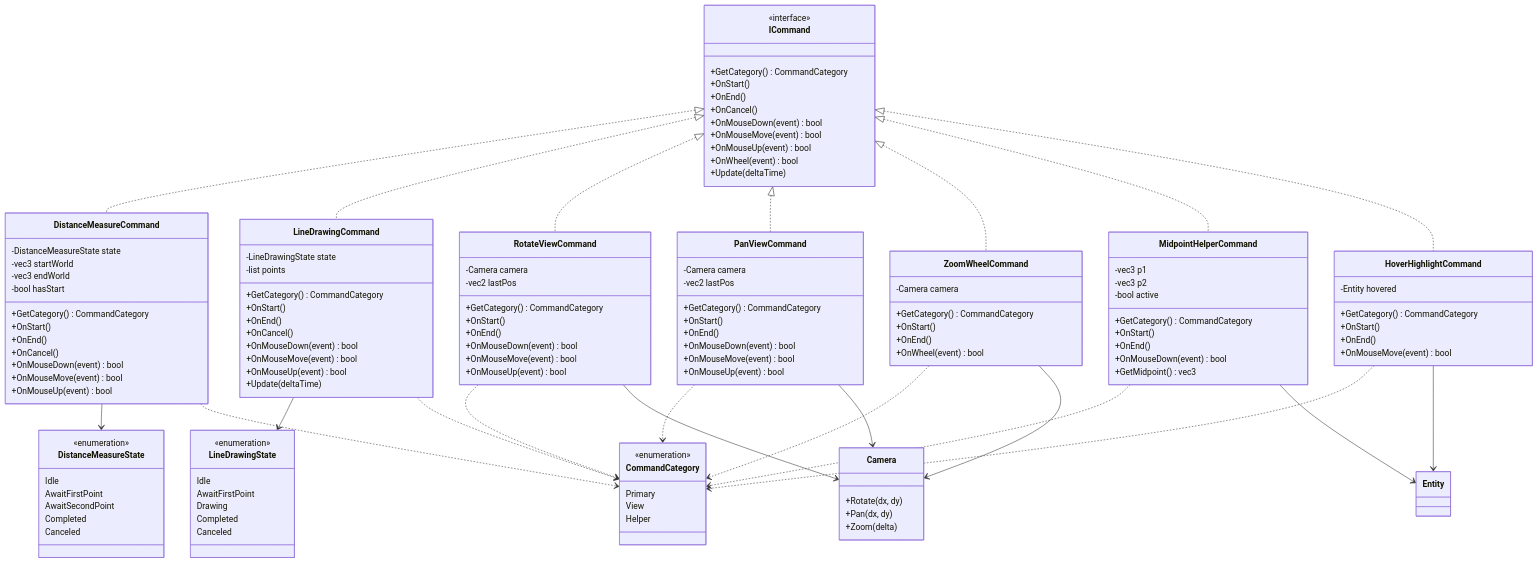
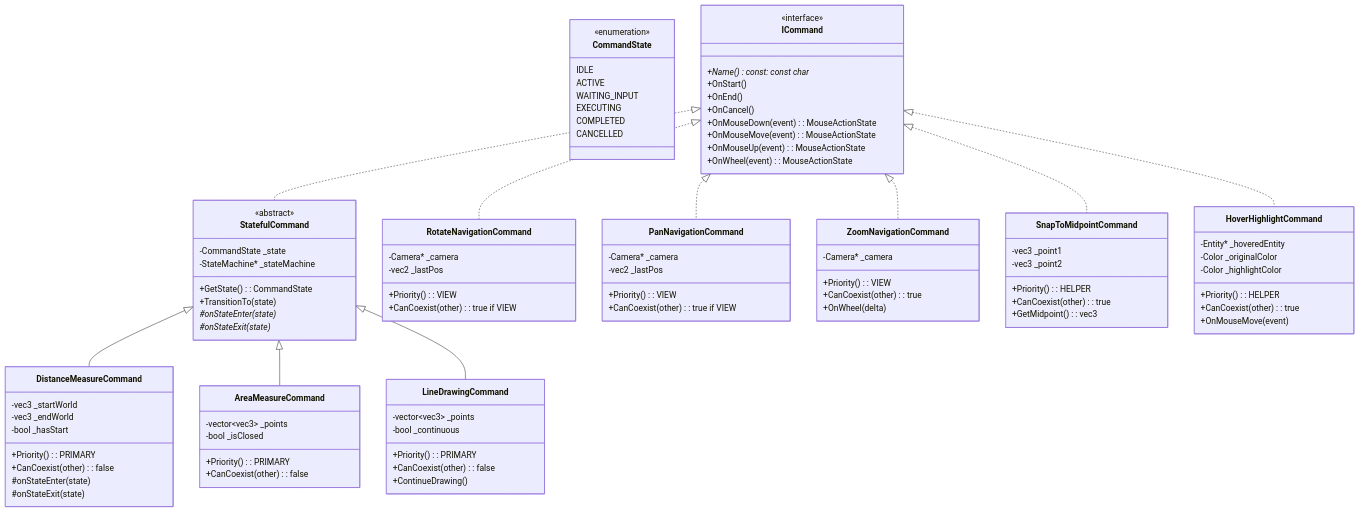
The third of 3 diagrams in GraphV5.md (vfa-khaidt1/vfa-cdn), drawn with Mermaid before and after one commit. The commit also changed other lines of this file, not shown here.

````diff
--- a/GraphV5.md
+++ b/GraphV5.md
@@ -107,158 +107,105 @@
 ```mermaid
 classDiagram
-    class CommandCategory {
+   class CommandState {
         <<enumeration>>
-        Primary
-        View
-        Helper
+        IDLE
+        ACTIVE
+        WAITING_INPUT
+        EXECUTING
+        COMPLETED
+        CANCELLED
     }
-
-    class ICommand {
+      class ICommand {
         <<interface>>
-        +GetCategory() CommandCategory
+        +Name() const: const char*
         +OnStart()
         +OnEnd()
         +OnCancel()
-        +OnMouseDown(event) bool
-        +OnMouseMove(event) bool
-        +OnMouseUp(event) bool
-        +OnWheel(event) bool
-        +Update(deltaTime)
+        +OnMouseDown(event): MouseActionState
+        +OnMouseMove(event): MouseActionState
+        +OnMouseUp(event): MouseActionState
+        +OnWheel(event): MouseActionState
+    }
+   class StatefulCommand {
+        <<abstract>>
+        -CommandState _state
+        -StateMachine* _stateMachine
+        +GetState(): CommandState
+        +TransitionTo(state)
+        #onStateEnter(state)*
+        #onStateExit(state)*
+    }
+    
+    class DistanceMeasureCommand {
+        -vec3 _startWorld
+        -vec3 _endWorld
+        -bool _hasStart
+        +Priority(): PRIMARY
+        +CanCoexist(other): false
+        #onStateEnter(state)
+        #onStateExit(state)
+    }
+    
+    class AreaMeasureCommand {
+        -vector~vec3~ _points
+        -bool _isClosed
+        +Priority(): PRIMARY
+        +CanCoexist(other): false
+    }
+    
+    class LineDrawingCommand {
+        -vector~vec3~ _points
+        -bool _continuous
+        +Priority(): PRIMARY
+        +CanCoexist(other): false
+        +ContinueDrawing()
+    }
+    
+    class RotateNavigationCommand {
+        -Camera* _camera
+        -vec2 _lastPos
+        +Priority(): VIEW
+        +CanCoexist(other): true if VIEW
+    }
+    
+    class PanNavigationCommand {
+        -Camera* _camera
+        -vec2 _lastPos
+        +Priority(): VIEW
+        +CanCoexist(other): true if VIEW
+    }
+    
+    class ZoomNavigationCommand {
+        -Camera* _camera
+        +Priority(): VIEW
+        +CanCoexist(other): true
+        +OnWheel(delta)
+    }
+    
+    class SnapToMidpointCommand {
+        -vec3 _point1
+        -vec3 _point2
+        +Priority(): HELPER
+        +CanCoexist(other): true
+        +GetMidpoint(): vec3
+    }
+    
+    class HoverHighlightCommand {
+        -Entity* _hoveredEntity
+        -Color _originalColor
+        -Color _highlightColor
+        +Priority(): HELPER
+        +CanCoexist(other): true
+        +OnMouseMove(event)
     }
 
-    %% ===== Primary commands =====
-    class DistanceMeasureState {
-        <<enumeration>>
-        Idle
-        AwaitFirstPoint
-        AwaitSecondPoint
-        Completed
-        Canceled
-    }
-
-    class DistanceMeasureCommand {
-        -DistanceMeasureState state
-        -vec3 startWorld
-        -vec3 endWorld
-        -bool hasStart
-        +GetCategory() CommandCategory
-        +OnStart()
-        +OnEnd()
-        +OnCancel()
-        +OnMouseDown(event) bool
-        +OnMouseMove(event) bool
-        +OnMouseUp(event) bool
-    }
-
-    class LineDrawingState {
-        <<enumeration>>
-        Idle
-        AwaitFirstPoint
-        Drawing
-        Completed
-        Canceled
-    }
-
-    class LineDrawingCommand {
-        -LineDrawingState state
-        -list points
-        +GetCategory() CommandCategory
-        +OnStart()
-        +OnEnd()
-        +OnCancel()
-        +OnMouseDown(event) bool
-        +OnMouseMove(event) bool
-        +OnMouseUp(event) bool
-        +Update(deltaTime)
-    }
-
-    %% ===== View commands (pan, rotate, wheel) =====
-    class RotateViewCommand {
-        -Camera camera
-        -vec2 lastPos
-        +GetCategory() CommandCategory
-        +OnStart()
-        +OnEnd()
-        +OnMouseDown(event) bool
-        +OnMouseMove(event) bool
-        +OnMouseUp(event) bool
-    }
-
-    class PanViewCommand {
-        -Camera camera
-        -vec2 lastPos
-        +GetCategory() CommandCategory
-        +OnStart()
-        +OnEnd()
-        +OnMouseDown(event) bool
-        +OnMouseMove(event) bool
-        +OnMouseUp(event) bool
-    }
-
-    class ZoomWheelCommand {
-        -Camera camera
-        +GetCategory() CommandCategory
-        +OnStart()
-        +OnEnd()
-        +OnWheel(event) bool
-    }
-
-    %% ===== Helper commands (helper / お助け) =====
-    class MidpointHelperCommand {
-        -vec3 p1
-        -vec3 p2
-        -bool active
-        +GetCategory() CommandCategory
-        +OnStart()
-        +OnEnd()
-        +OnMouseDown(event) bool
-        +GetMidpoint() vec3
-    }
-
-    class HoverHighlightCommand {
-        -Entity hovered
-        +GetCategory() CommandCategory
-        +OnStart()
-        +OnEnd()
-        +OnMouseMove(event) bool
-    }
-
-    class Camera {
-        +Rotate(dx, dy)
-        +Pan(dx, dy)
-        +Zoom(delta)
-    }
-
-    class Entity {
-    }
-
-    %% ===== Inheritance =====
-    ICommand <|.. DistanceMeasureCommand
-    ICommand <|.. LineDrawingCommand
-    ICommand <|.. RotateViewCommand
-    ICommand <|.. PanViewCommand
-    ICommand <|.. ZoomWheelCommand
-    ICommand <|.. MidpointHelperCommand
+    ICommand <|.. StatefulCommand
+    StatefulCommand <|-- DistanceMeasureCommand
+    StatefulCommand <|-- AreaMeasureCommand
+    StatefulCommand <|-- LineDrawingCommand
+    ICommand <|.. RotateNavigationCommand
+    ICommand <|.. PanNavigationCommand
+    ICommand <|.. ZoomNavigationCommand
+    ICommand <|.. SnapToMidpointCommand
     ICommand <|.. HoverHighlightCommand
-
-    %% ===== State associations =====
-    DistanceMeasureCommand --> DistanceMeasureState
-    LineDrawingCommand --> LineDrawingState
-
-    %% ===== Category associations (optional visual hint) =====
-    DistanceMeasureCommand ..> CommandCategory
-    LineDrawingCommand ..> CommandCategory
-    RotateViewCommand ..> CommandCategory
-    PanViewCommand ..> CommandCategory
-    ZoomWheelCommand ..> CommandCategory
-    MidpointHelperCommand ..> CommandCategory
-    HoverHighlightCommand ..> CommandCategory
-
-    %% ===== Other associations =====
-    RotateViewCommand --> Camera
-    PanViewCommand --> Camera
-    ZoomWheelCommand --> Camera
-
-    HoverHighlightCommand --> Entity
-    MidpointHelperCommand --> Entity
 ```
````
